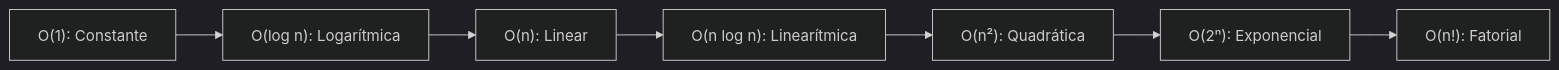
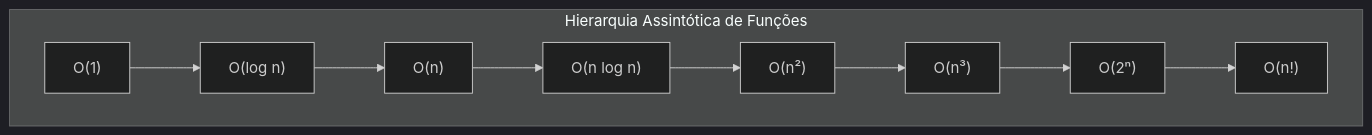
The ninth of 22 diagrams in 4º Semestre/[Prof. Wesley Soares] Estrutura de Dados I/Resumos-IA/Caderno-Consolidado.md (murilolol/unifef), drawn with Mermaid (dark theme) before and after one commit. The commit also changed other lines of this file and 25 other files, not shown here.

````diff
--- a/4º Semestre/[Prof. Wesley Soares] Estrutura de Dados I/Resumos-IA/Caderno-Consolidado.md
+++ b/4º Semestre/[Prof. Wesley Soares] Estrutura de Dados I/Resumos-IA/Caderno-Consolidado.md
@@ -480,10 +461,13 @@
 ```mermaid
 flowchart LR
-    direction LR
-    O1["O(1): Constante"] --> Ologn["O(log n): Logarítmica"]
-    Ologn --> On["O(n): Linear"]
-    On --> Onlogn["O(n log n): Linearítmica"]
-    Onlogn --> On2["O(n²): Quadrática"]
-    On2 --> O2n["O(2ⁿ): Exponencial"]
-    O2n --> OnFat["O(n!): Fatorial"]
+    subgraph Dominancia["Hierarquia Assintótica de Funções"]
+        direction LR
+        O1["O(1)"] --> Ologn["O(log n)"]
+        Ologn --> On["O(n)"]
+        On --> Onlogn["O(n log n)"]
+        Onlogn --> On2["O(n²)"]
+        On2 --> On3["O(n³)"]
+        On3 --> O2n["O(2ⁿ)"]
+        O2n --> Onfat["O(n!)"]
+    end
 ```
````
